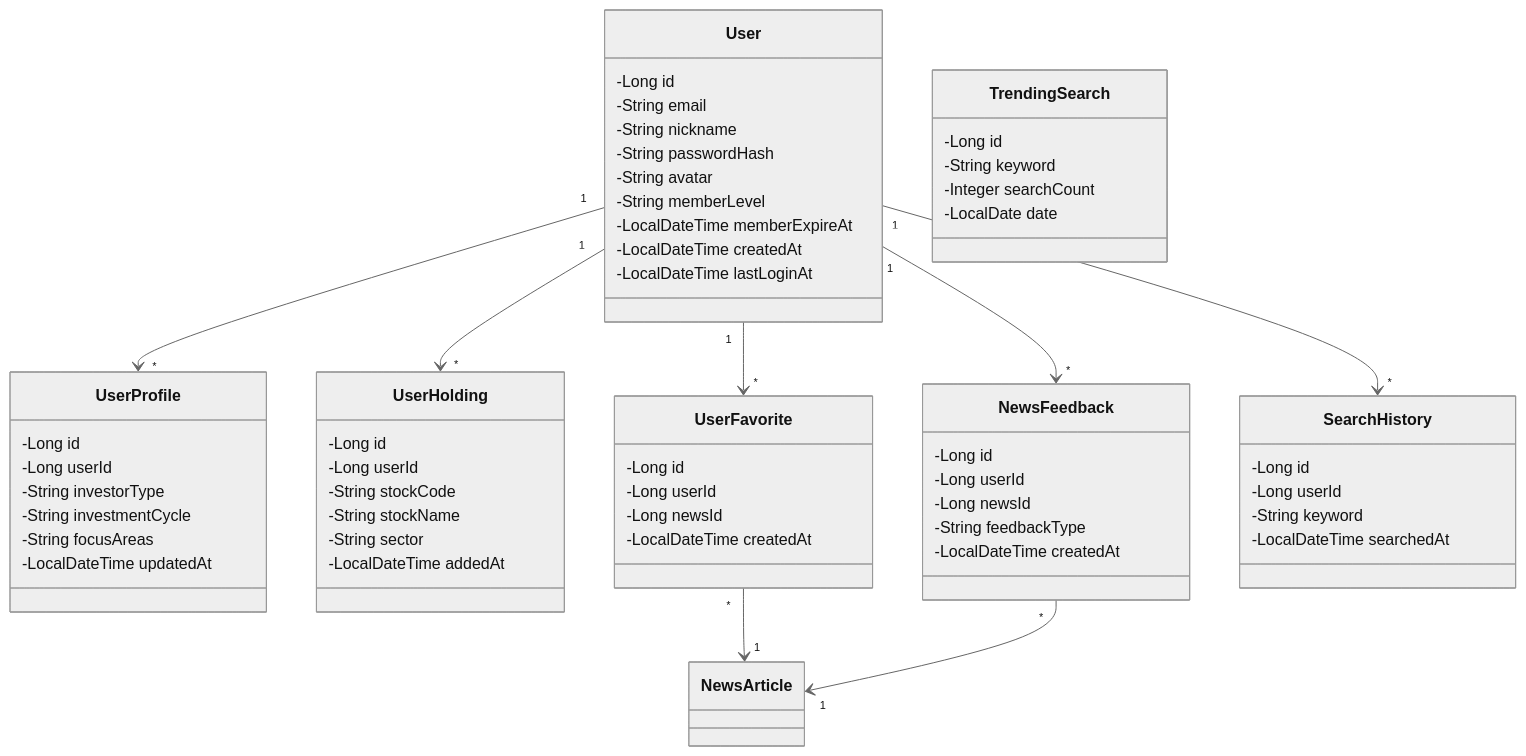
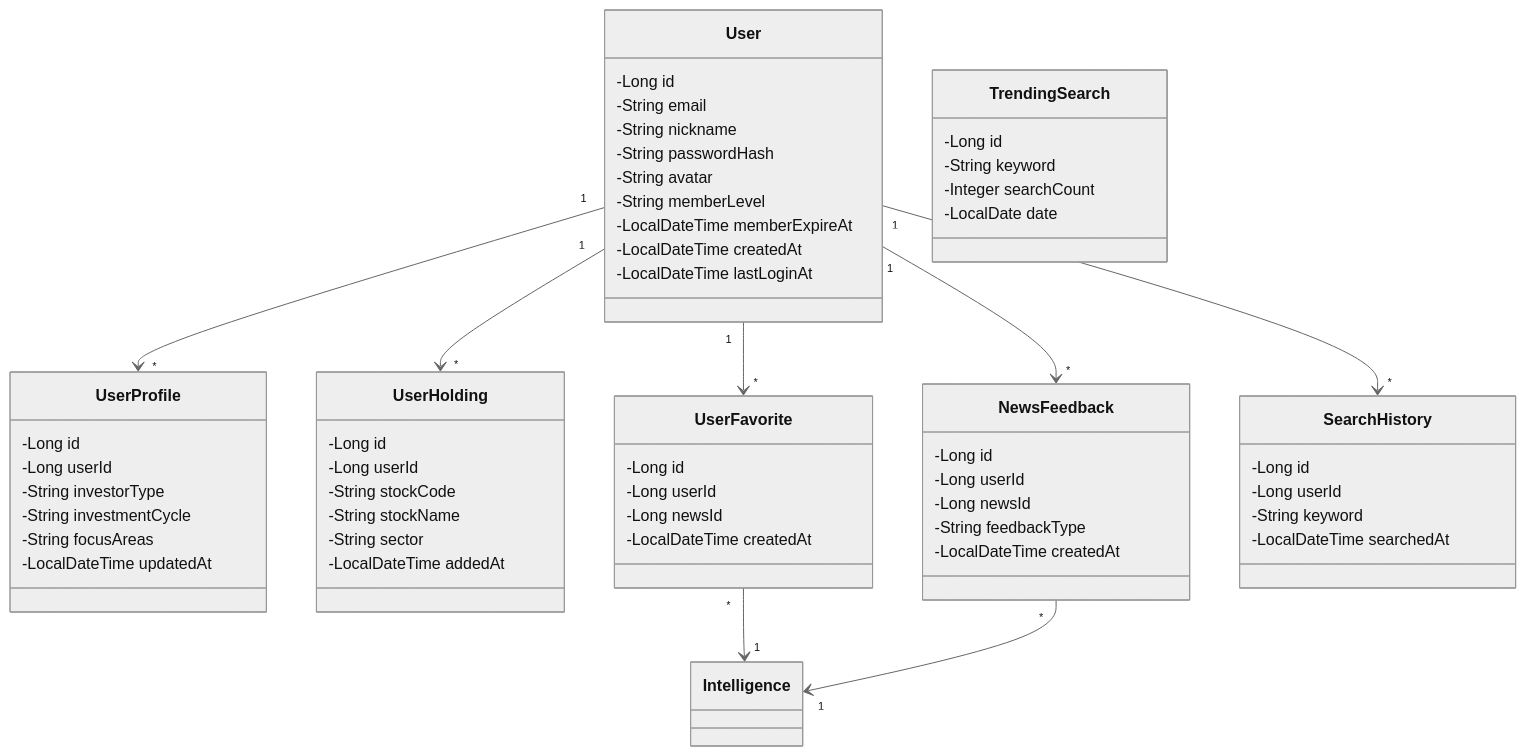
Before and after one commit to keweiqinkeweiqin/aiCoding: the fourth of 5 diagrams in .kiro/specs/wall-street-eye/design-v2.md, drawn with Mermaid (neutral theme). The commit also changed other lines of this file and 12 other files, not shown here.

````diff
--- a/.kiro/specs/wall-street-eye/design-v2.md
+++ b/.kiro/specs/wall-street-eye/design-v2.md
@@ -162,69 +228,69 @@
 ```mermaid
 classDiagram
     class User {
         -Long id
         -String email
         -String nickname
         -String passwordHash
         -String avatar
         -String memberLevel
         -LocalDateTime memberExpireAt
         -LocalDateTime createdAt
         -LocalDateTime lastLoginAt
     }
 
     class UserProfile {
         -Long id
         -Long userId
         -String investorType
         -String investmentCycle
         -String focusAreas
         -LocalDateTime updatedAt
     }
 
     class UserHolding {
         -Long id
         -Long userId
         -String stockCode
         -String stockName
         -String sector
         -LocalDateTime addedAt
     }
 
     class UserFavorite {
         -Long id
         -Long userId
         -Long newsId
         -LocalDateTime createdAt
     }
 
     class NewsFeedback {
         -Long id
         -Long userId
         -Long newsId
         -String feedbackType
         -LocalDateTime createdAt
     }
 
     class SearchHistory {
         -Long id
         -Long userId
         -String keyword
         -LocalDateTime searchedAt
     }
 
     class TrendingSearch {
         -Long id
         -String keyword
         -Integer searchCount
         -LocalDate date
     }
 
     User "1" --> "*" UserProfile
     User "1" --> "*" UserHolding
     User "1" --> "*" UserFavorite
     User "1" --> "*" NewsFeedback
     User "1" --> "*" SearchHistory
-    UserFavorite "*" --> "1" NewsArticle
-    NewsFeedback "*" --> "1" NewsArticle
+    UserFavorite "*" --> "1" Intelligence
+    NewsFeedback "*" --> "1" Intelligence
 ```
````
